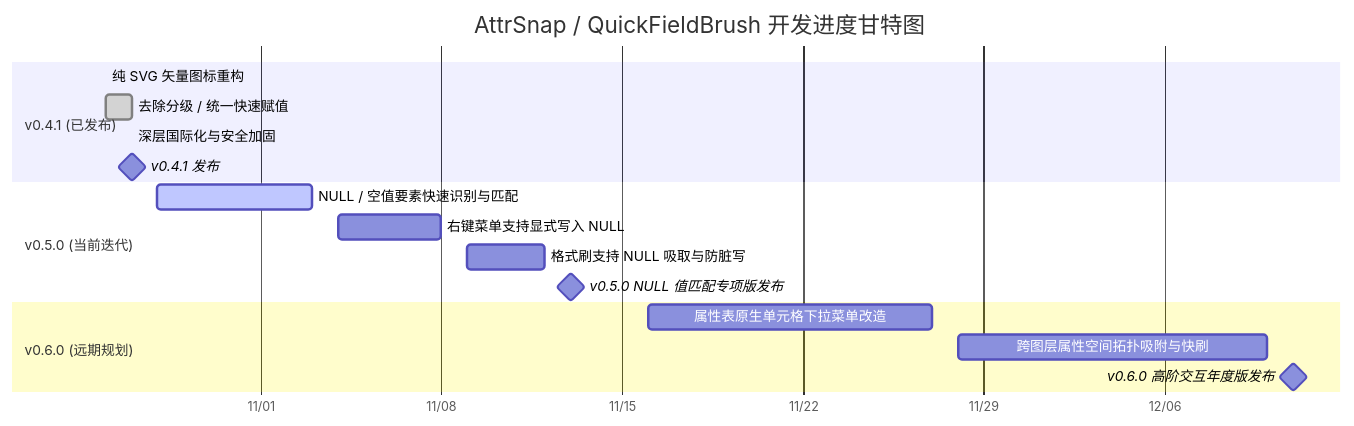
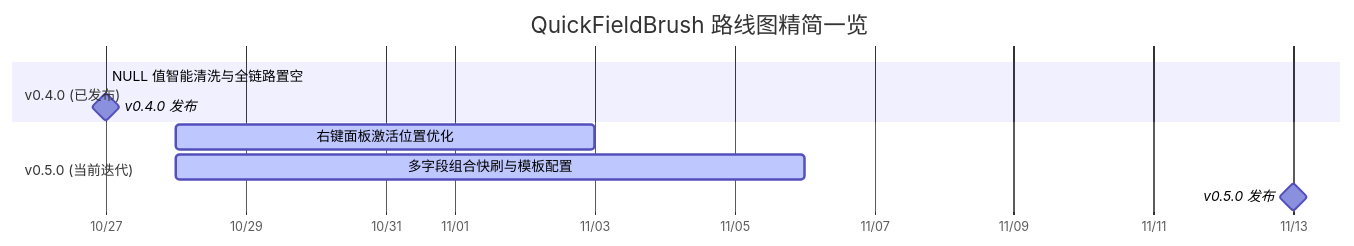
The diagram in README.md (OpenQGIS/QuickFieldBrush), drawn with Mermaid before and after one commit. The commit also changed other lines of this file and 18 other files, not shown here.

````diff
--- a/README.md
+++ b/README.md
@@ -48,24 +38,16 @@
 ```mermaid
 gantt
-    title AttrSnap / QuickFieldBrush 开发进度甘特图
+    title QuickFieldBrush 路线图精简一览
     dateFormat  YYYY-MM-DD
     axisFormat  %m/%d
     todayMarker stroke-width:2px,stroke:#2563EB,opacity:0.8
 
-    section v0.4.1 (已发布)
-    纯 SVG 矢量图标重构           :done,    t1, 2026-10-26, 2026-10-26
-    去除分级 / 统一快速赋值       :done,    t2, 2026-10-26, 2026-10-27
-    深层国际化与安全加固          :done,    t3, 2026-10-27, 2026-10-27
-    v0.4.1 发布                   :milestone, m1, 2026-10-27, 0d
+    section v0.4.0 (已发布)
+    NULL 值智能清洗与全链路置空   :done,    t2, 2026-10-27, 2026-10-27
+    v0.4.0 发布                   :milestone, m2, 2026-10-27, 0d
 
     section v0.5.0 (当前迭代)
-    NULL / 空值要素快速识别与匹配 :active,  t4, 2026-10-28, 2026-11-03
-    右键菜单支持显式写入 NULL     :         t5, 2026-11-04, 2026-11-08
-    格式刷支持 NULL 吸取与防脏写  :         t6, 2026-11-09, 2026-11-12
-    v0.5.0 NULL 值匹配专项版发布  :milestone, m2, 2026-11-13, 0d
-
-    section v0.6.0 (远期规划)
-    属性表原生单元格下拉菜单改造  :         t7, 2026-11-16, 2026-11-27
-    跨图层属性空间拓扑吸附与快刷  :         t8, 2026-11-28, 2026-12-10
-    v0.6.0 高阶交互年度版发布     :milestone, m3, 2026-12-11, 0d
+    右键面板激活位置优化         :active,  t3, 2026-10-28, 2026-11-03
+    多字段组合快刷与模板配置      :active,  t4, 2026-10-28, 2026-11-06
+    v0.5.0 发布                   :milestone, m3, 2026-11-13, 0d
 ```
````
